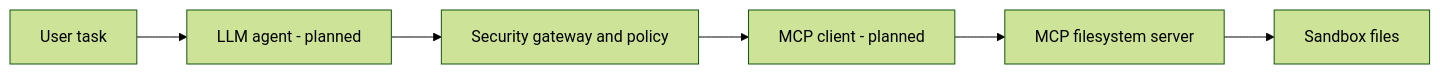
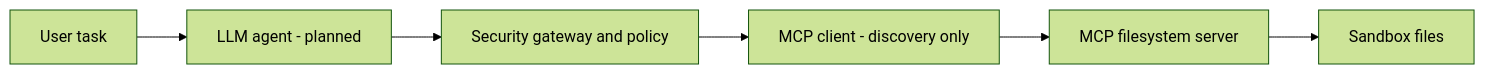
The diagram in README.md (ManuRslf/MCP-SEC), drawn with Mermaid (forest theme) before and after one commit. The commit also changed other lines of this file and 1 other file, not shown here.

Commit message:
Add verified MCP client initialization and discovery

````diff
--- a/README.md
+++ b/README.md
@@ -26,8 +27,8 @@
 ```mermaid
 flowchart LR
     User[User task] --> Agent[LLM agent - planned]
     Agent --> Gateway[Security gateway and policy]
-    Gateway --> Client[MCP client - planned]
+    Gateway --> Client[MCP client - discovery only]
     Client --> Server[MCP filesystem server]
     Server --> Sandbox[Sandbox files]
 ```
````
